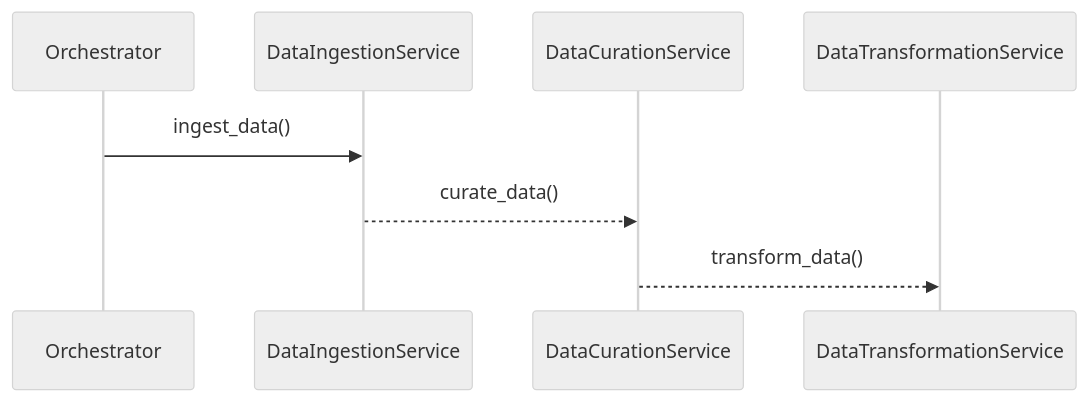
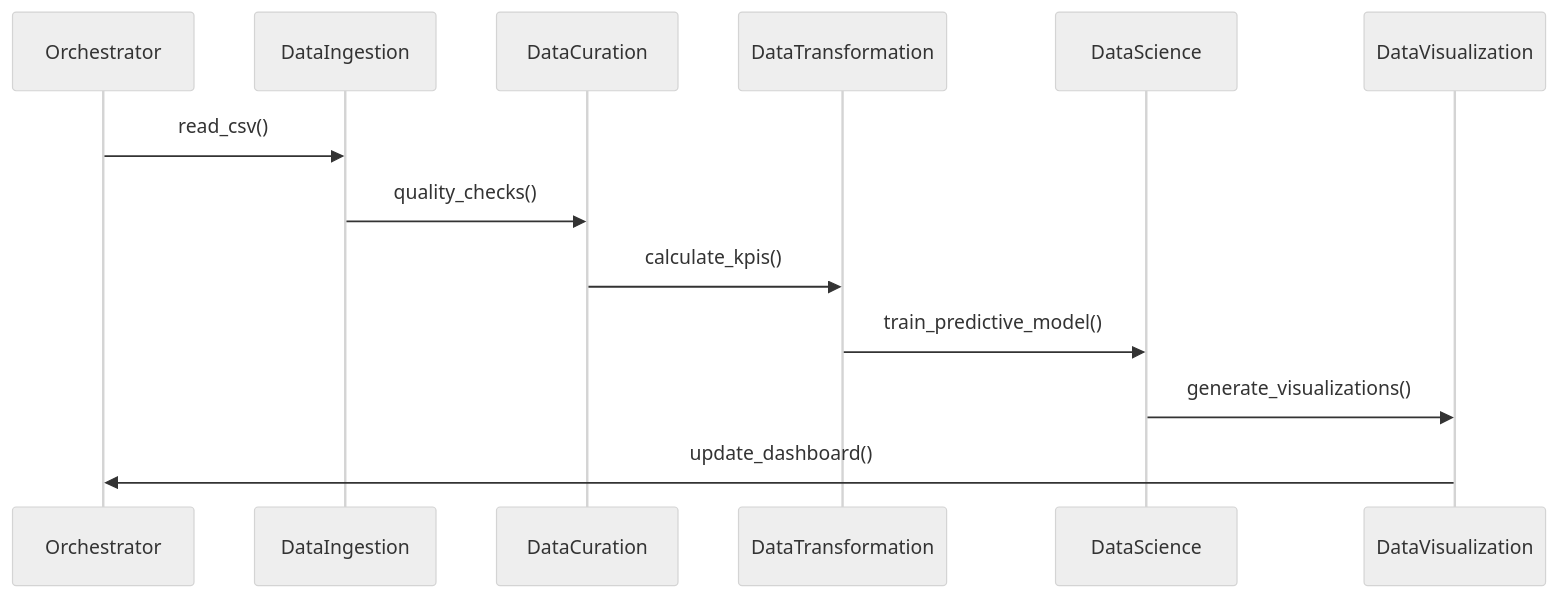
Before and after one commit to selin-k/bi_report_project: the second of 2 diagrams in docs/sdd.md, drawn with Mermaid (neutral theme). The commit also changed other lines of this file and 11 other files, not shown here.

````diff
--- a/docs/sdd.md
+++ b/docs/sdd.md
@@ -46,11 +64,16 @@
 ```mermaid
 sequenceDiagram
     participant Orchestrator as Orchestrator
-    participant DataIngestion as DataIngestionService
-    participant DataCuration as DataCurationService
-    participant DataTransformation as DataTransformationService
+    participant Ingestion as DataIngestion
+    participant Curation as DataCuration
+    participant Transformation as DataTransformation
+    participant Science as DataScience
+    participant Visualization as DataVisualization
 
-    Orchestrator->>DataIngestion: ingest_data()
-    DataIngestion-->>DataCuration: curate_data()
-    DataCuration-->>DataTransformation: transform_data()
+    Orchestrator->>Ingestion: read_csv()
+    Ingestion->>Curation: quality_checks()
+    Curation->>Transformation: calculate_kpis()
+    Transformation->>Science: train_predictive_model()
+    Science->>Visualization: generate_visualizations()
+    Visualization->>Orchestrator: update_dashboard()
 ```
````
